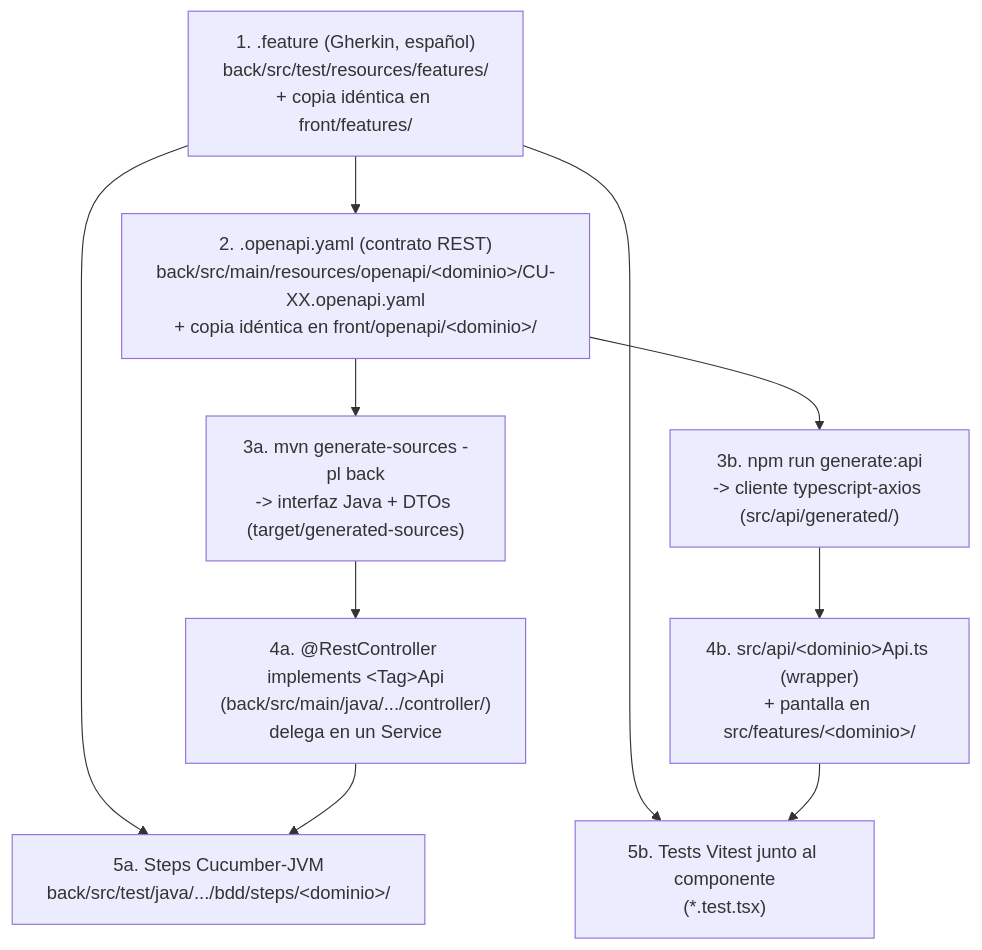
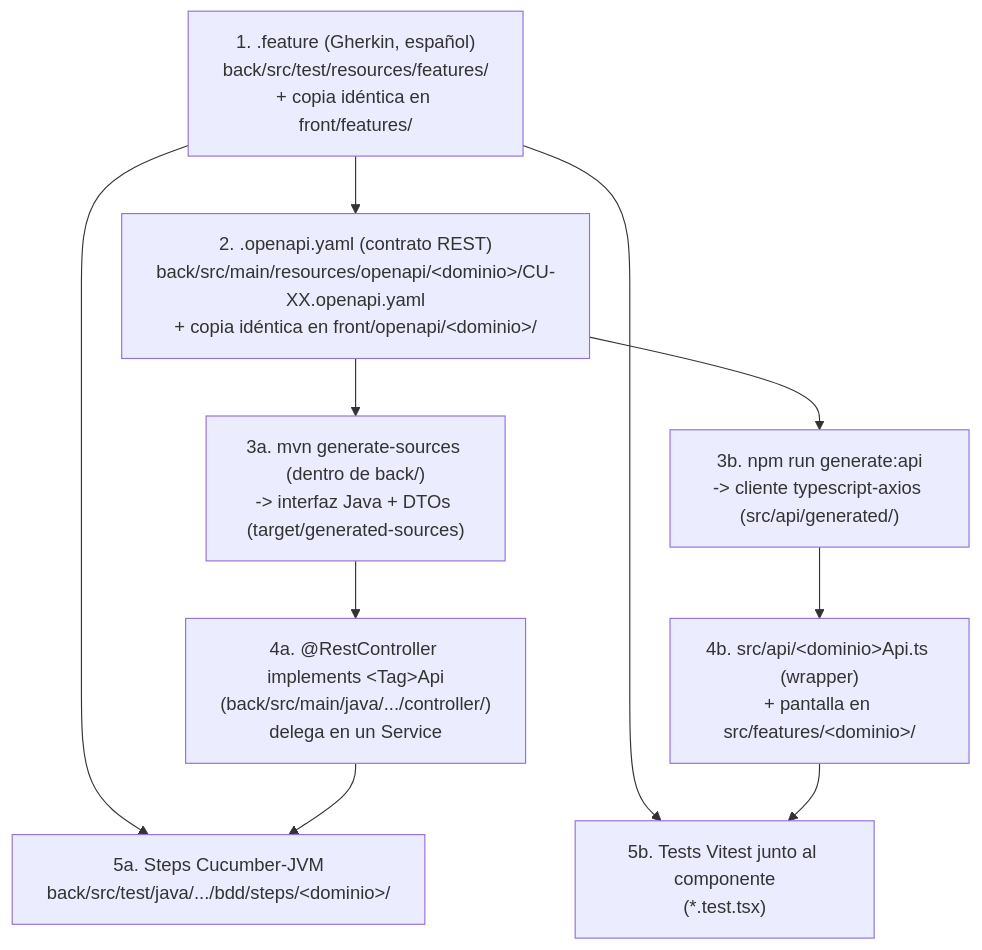
One commit to oparias-debug/migration changed the diagram in CONTRIBUTING.md. Above: the diagram before and after it, drawn with Mermaid. The commit also changed other lines of this file and 283 other files, not shown here.

````diff
--- a/CONTRIBUTING.md
+++ b/CONTRIBUTING.md
@@ -51,12 +51,12 @@
 ```mermaid
 flowchart TD
     A["1. .feature (Gherkin, español)\nback/src/test/resources/features/\n+ copia idéntica en front/features/"] --> B["2. .openapi.yaml (contrato REST)\nback/src/main/resources/openapi/&lt;dominio&gt;/CU-XX.openapi.yaml\n+ copia idéntica en front/openapi/&lt;dominio&gt;/"]
-    B --> C1["3a. mvn generate-sources -pl back\n-> interfaz Java + DTOs (target/generated-sources)"]
+    B --> C1["3a. mvn generate-sources (dentro de back/)\n-> interfaz Java + DTOs (target/generated-sources)"]
     B --> C2["3b. npm run generate:api\n-> cliente typescript-axios (src/api/generated/)"]
     C1 --> D1["4a. @RestController implements &lt;Tag&gt;Api\n(back/src/main/java/.../controller/)\ndelega en un Service"]
     C2 --> D2["4b. src/api/&lt;dominio&gt;Api.ts (wrapper)\n+ pantalla en src/features/&lt;dominio&gt;/"]
     A --> E1["5a. Steps Cucumber-JVM\nback/src/test/java/.../bdd/steps/&lt;dominio&gt;/"]
     A --> E2["5b. Tests Vitest junto al componente\n(*.test.tsx)"]
     D1 --> E1
     D2 --> E2
 ```
````
